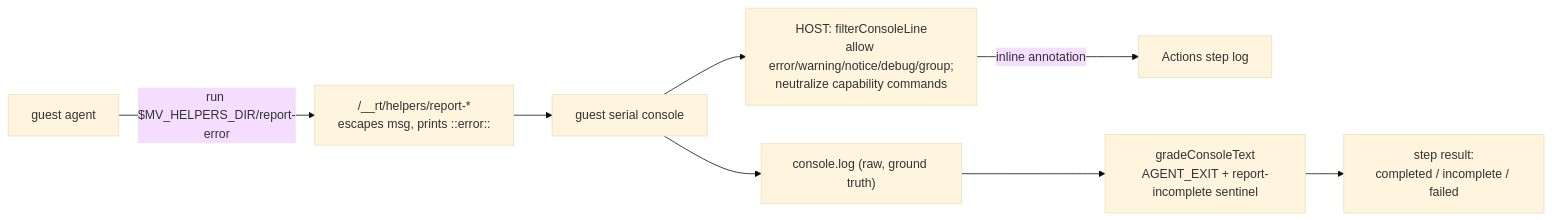
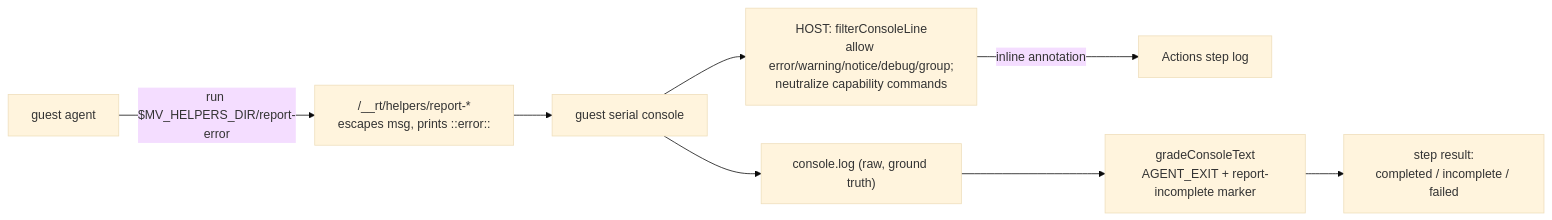
The fifth of 7 diagrams in docs/architecture.md (ericsciple/microvm-agent), drawn with Mermaid (base theme) before and after one commit. The commit also changed other lines of this file and 1 other file, not shown here.

Commit message:
docs: plain language over 'sentinel'; add preamble-is-the-contract principle
- Replace 'sentinel' with plain wording in design-principles.md (fake stand-in token;
  report-incomplete prints a special marker line) and the report-incomplete usage in
  architecture.md.
- Add principle #16: the prepended preamble is the agent's runtime contract and MUST be
  updated in the same change as any tool/discovery/call or error/result-reporting change —
  the agent knows only what the preamble (or __tools_list) tells it. Verified the current
  preamble already reflects the 2.7 model (__tools_list discovery, --input/--stdin calls,
  report-* helpers).

````diff
--- a/docs/architecture.md
+++ b/docs/architecture.md
@@ -199,10 +199,10 @@
 ```mermaid
 flowchart LR
   AG["guest agent"] -->|"run $MV_HELPERS_DIR/report-error"| HLP["/__rt/helpers/report-*<br/>escapes msg, prints ::error::"]
   HLP --> CON["guest serial console"]
   CON --> FILT["HOST: filterConsoleLine<br/>allow error/warning/notice/debug/group;<br/>neutralize capability commands"]
   FILT -->|inline annotation| LOG["Actions step log"]
   CON --> RAW["console.log (raw, ground truth)"]
-  RAW --> GRADE["gradeConsoleText<br/>AGENT_EXIT + report-incomplete sentinel"]
+  RAW --> GRADE["gradeConsoleText<br/>AGENT_EXIT + report-incomplete marker"]
   GRADE --> RES["step result:<br/>completed / incomplete / failed"]
 ```
````
